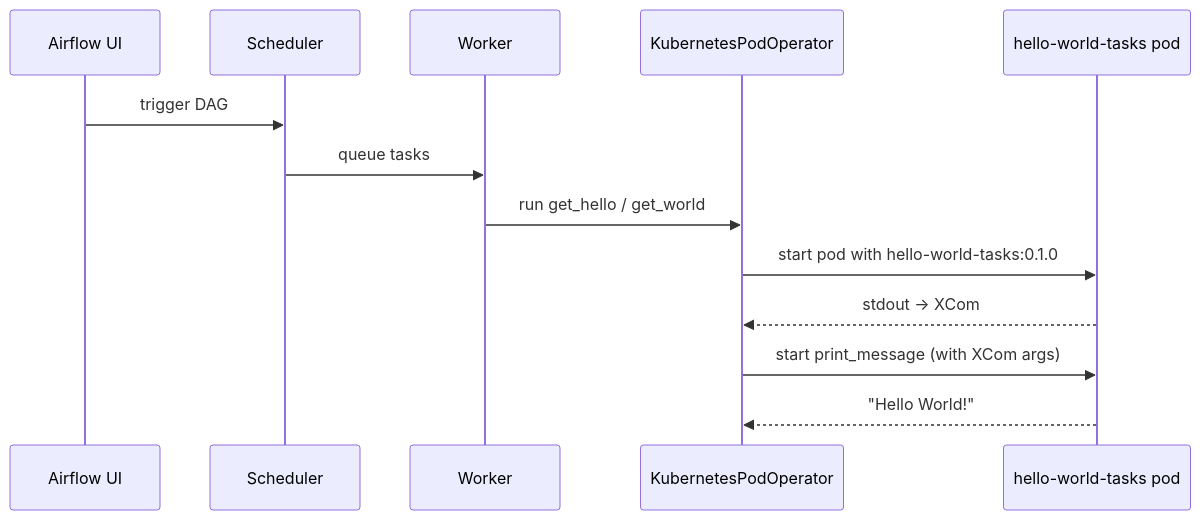
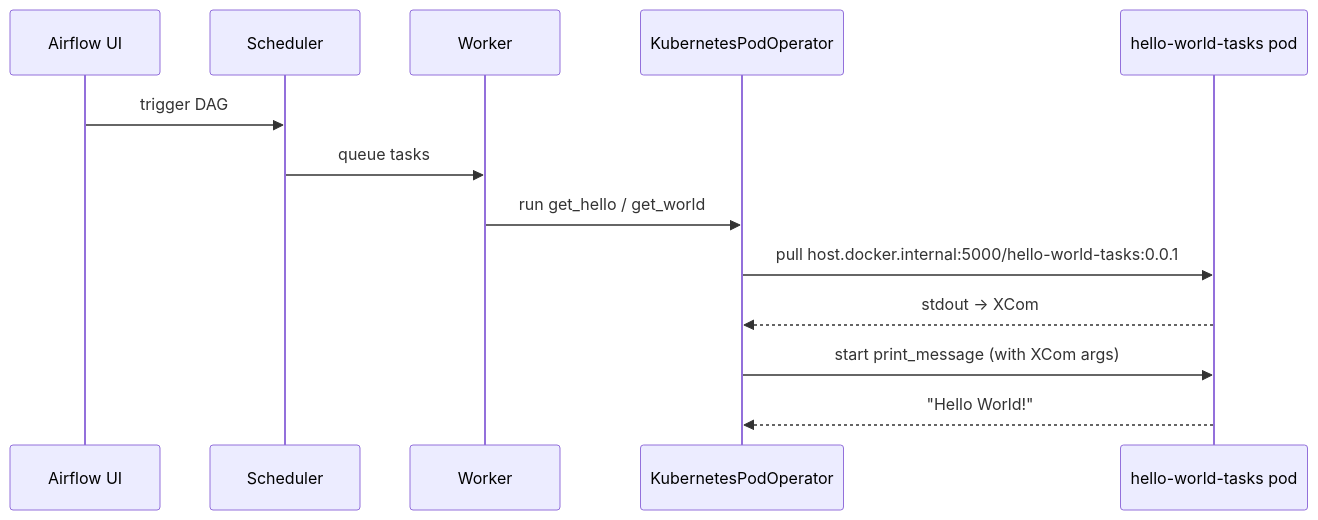
The diagram in README.md (AdrienLibert/airflow-k8s-training), drawn with Mermaid before and after one commit. The commit also changed other lines of this file and 8 other files, not shown here.

````diff
--- a/README.md
+++ b/README.md
@@ -27,16 +56,16 @@
 ```mermaid
 sequenceDiagram
     participant UI as Airflow UI
     participant Sched as Scheduler
     participant Worker as Worker
     participant KPO as KubernetesPodOperator
     participant Pod as hello-world-tasks pod
 
     UI->>Sched: trigger DAG
     Sched->>Worker: queue tasks
     Worker->>KPO: run get_hello / get_world
-    KPO->>Pod: start pod with hello-world-tasks:0.1.0
+    KPO->>Pod: pull host.docker.internal:5000/hello-world-tasks:0.0.1
     Pod-->>KPO: stdout → XCom
     KPO->>Pod: start print_message (with XCom args)
     Pod-->>KPO: "Hello World!"
 ```
````
